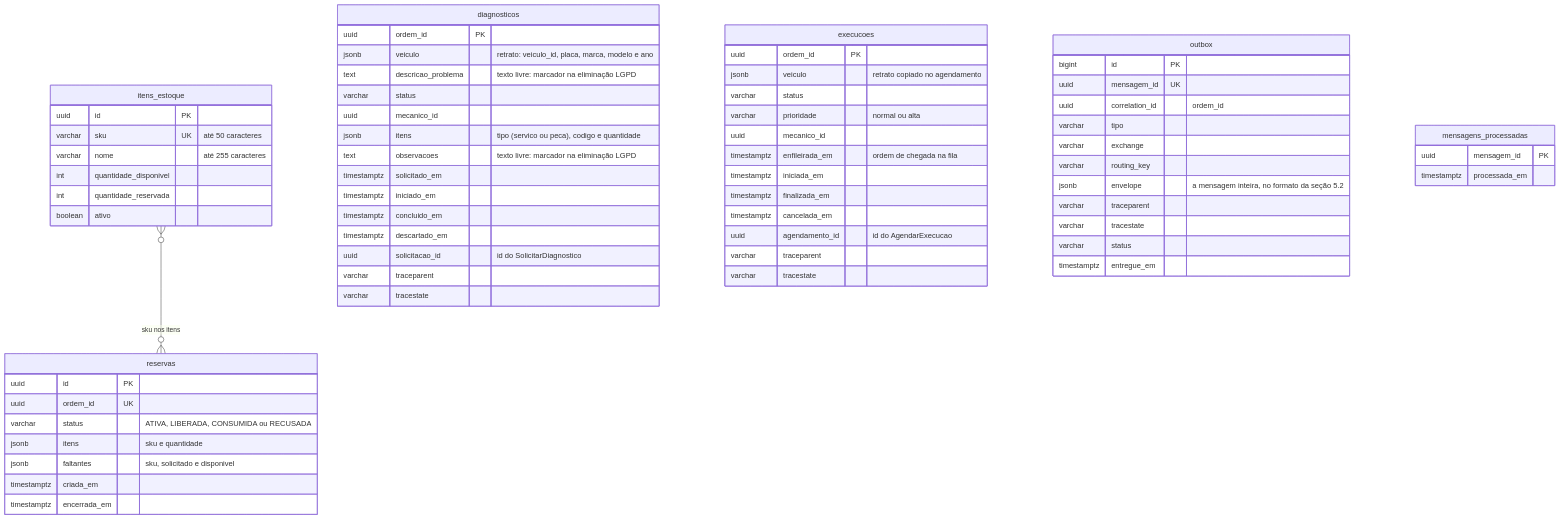
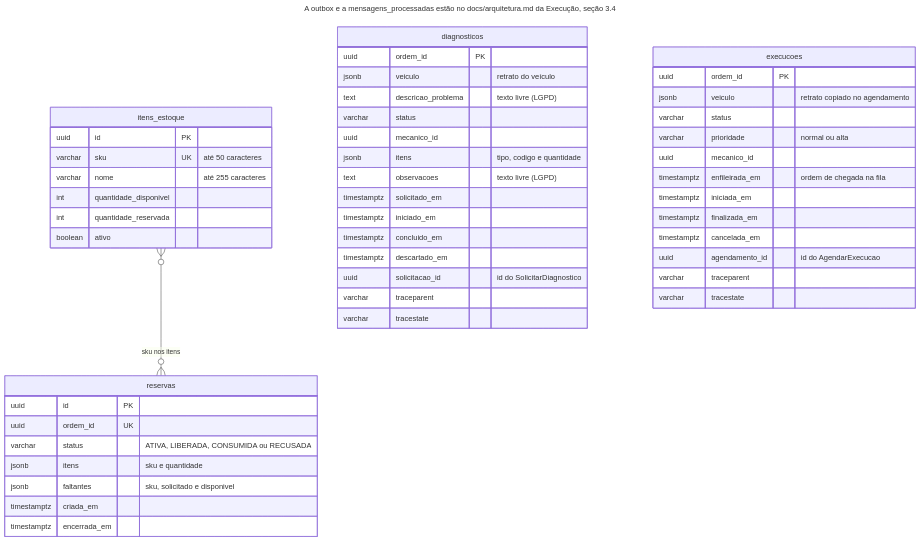
Diagram 14 of 16 in docs/arquitetura/rfc/fase4/rfc-004-microsservicos-saga.md (fiap-postech-sw-architecture/postech-sw-arch-p4-platform), drawn with Mermaid before and after one commit. The commit also changed other lines of this file and 25 other files, not shown here.

````diff
--- a/docs/arquitetura/rfc/fase4/rfc-004-microsservicos-saga.md
+++ b/docs/arquitetura/rfc/fase4/rfc-004-microsservicos-saga.md
@@ -947,69 +982,55 @@
 ```mermaid
+---
+title: A outbox e a mensagens_processadas estão no docs/arquitetura.md da Execução, seção 3.4
+---
 erDiagram
     itens_estoque {
         uuid id PK
         varchar sku UK "até 50 caracteres"
         varchar nome "até 255 caracteres"
         int quantidade_disponivel
         int quantidade_reservada
         boolean ativo
     }
     reservas {
         uuid id PK
         uuid ordem_id UK
         varchar status "ATIVA, LIBERADA, CONSUMIDA ou RECUSADA"
         jsonb itens "sku e quantidade"
         jsonb faltantes "sku, solicitado e disponivel"
         timestamptz criada_em
         timestamptz encerrada_em
     }
     diagnosticos {
         uuid ordem_id PK
-        jsonb veiculo "retrato: veiculo_id, placa, marca, modelo e ano"
-        text descricao_problema "texto livre: marcador na eliminação LGPD"
+        jsonb veiculo "retrato do veículo"
+        text descricao_problema "texto livre (LGPD)"
         varchar status
         uuid mecanico_id
-        jsonb itens "tipo (servico ou peca), codigo e quantidade"
-        text observacoes "texto livre: marcador na eliminação LGPD"
+        jsonb itens "tipo, codigo e quantidade"
+        text observacoes "texto livre (LGPD)"
         timestamptz solicitado_em
         timestamptz iniciado_em
         timestamptz concluido_em
         timestamptz descartado_em
         uuid solicitacao_id "id do SolicitarDiagnostico"
         varchar traceparent
         varchar tracestate
     }
     execucoes {
         uuid ordem_id PK
         jsonb veiculo "retrato copiado no agendamento"
         varchar status
         varchar prioridade "normal ou alta"
         uuid mecanico_id
         timestamptz enfileirada_em "ordem de chegada na fila"
         timestamptz iniciada_em
         timestamptz finalizada_em
         timestamptz cancelada_em
         uuid agendamento_id "id do AgendarExecucao"
         varchar traceparent
         varchar tracestate
     }
-    outbox {
-        bigint id PK
-        uuid mensagem_id UK
-        uuid correlation_id "ordem_id"
-        varchar tipo
-        varchar exchange
-        varchar routing_key
-        jsonb envelope "a mensagem inteira, no formato da seção 5.2"
-        varchar traceparent
-        varchar tracestate
-        varchar status
-        timestamptz entregue_em
-    }
-    mensagens_processadas {
-        uuid mensagem_id PK
-        timestamptz processada_em
-    }
 
     itens_estoque }o--o{ reservas : "sku nos itens"
 ```
````
